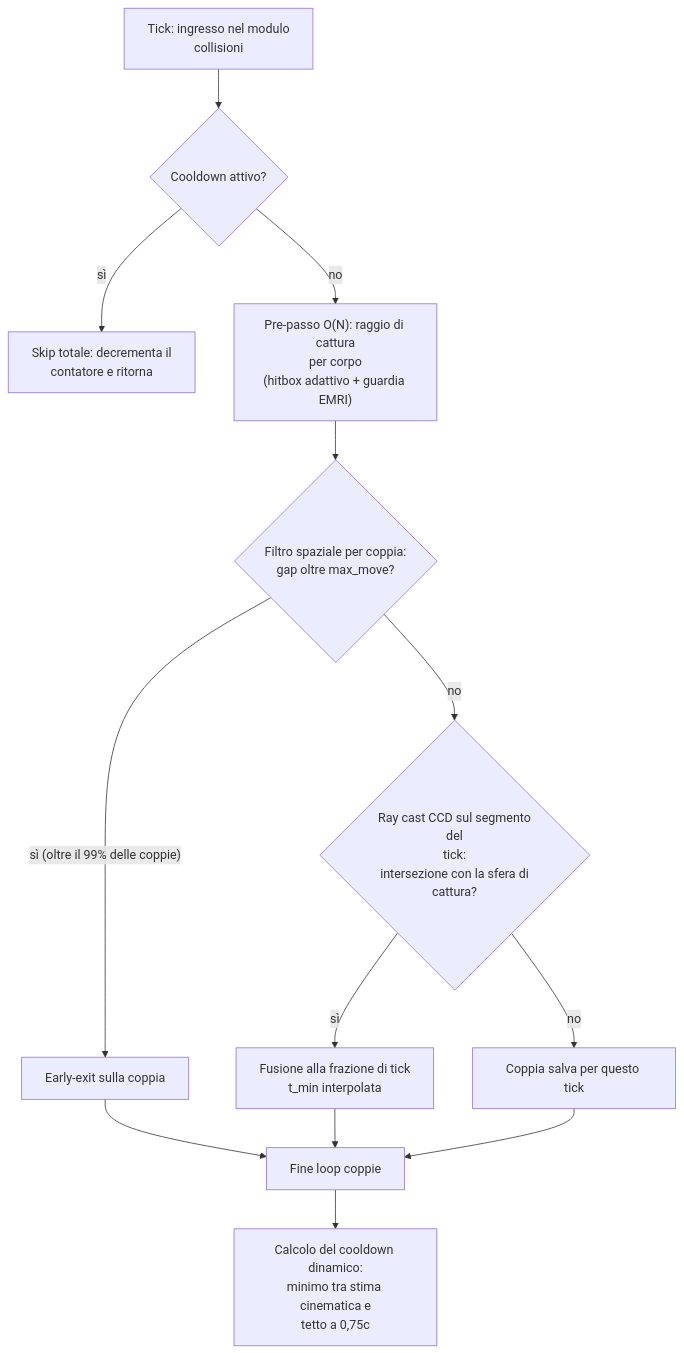
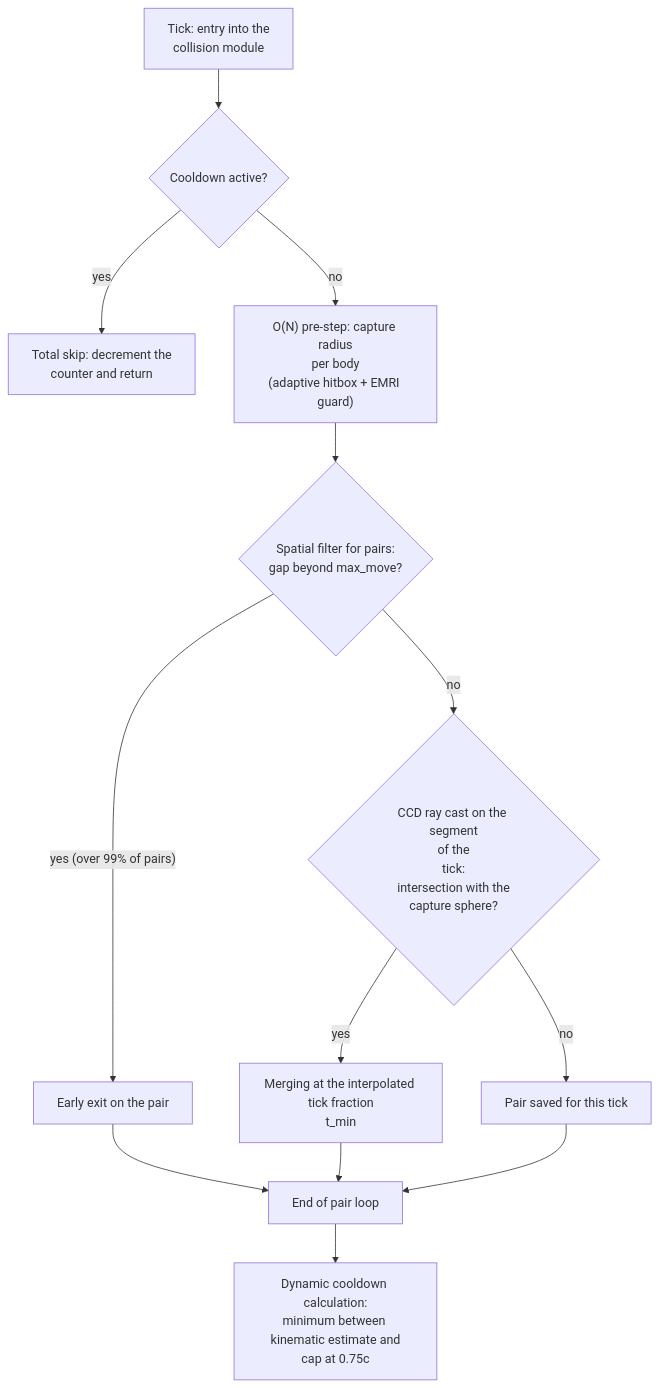
One commit to alessandro-pioli/AstroCausal_Engine changed the eighth of 11 diagrams in ARCHITECTURE_DEEP_DIVE.md. Above: the diagram before and after it, drawn with Mermaid. The commit also changed other lines of this file and 5 other files, not shown here.

````diff
--- a/ARCHITECTURE_DEEP_DIVE.md
+++ b/ARCHITECTURE_DEEP_DIVE.md
@@ -639,15 +642,15 @@
 ```mermaid
 flowchart TD
-    A["Tick: ingresso nel modulo<br/>collisioni"] --> B{"Cooldown attivo?"}
-    B -->|"sì"| Z["Skip totale: decrementa il<br/>contatore e ritorna"]
-    B -->|"no"| C["Pre-passo O(N): raggio di cattura<br/>per corpo<br/>(hitbox adattivo + guardia EMRI)"]
-    C --> D{"Filtro spaziale per coppia:<br/>gap oltre max_move?"}
-    D -->|"sì (oltre il 99% delle coppie)"| E["Early-exit sulla coppia"]
-    D -->|"no"| F{"Ray cast CCD sul segmento<br/>del<br/>tick:<br/>intersezione con la sfera di<br/>cattura?"}
-    F -->|"sì"| G["Fusione alla frazione di tick<br/>t_min interpolata"]
-    F -->|"no"| H["Coppia salva per questo tick"]
-    E --> I["Fine loop coppie"]
+    A["Tick: entry into the <br/>collision module"] --> B{"Cooldown active?"}
+    B -->|"yes"| Z["Total skip: decrement the <br/>counter and return"]
+    B -->|"no"| C["O(N) pre-step: capture radius<br/>per body<br/>(adaptive hitbox + EMRI guard)"]
+    C --> D{"Spatial filter for pairs:<BR/>gap beyond max_move?"}
+    D -->|"yes (over 99% of pairs)"| E["Early exit on the pair"]
+    D -->|"no"| F{"CCD ray cast on the segment<br/>of the<br/>tick:<br/>intersection with the<br/>capture sphere?"}
+    F -->|"yes"| G["Merging at the interpolated tick fraction<br/>t_min"]
+    F -->|"no"| H["Pair saved for this tick"]
+    E --> I["End of pair loop"]
     G --> I
     H --> I
-    I --> J["Calcolo del cooldown dinamico:<br/>minimo tra stima cinematica e<br/>tetto a 0,75c"]
+    I --> J["Dynamic cooldown calculation:<BR/>minimum between kinematic estimate and<BR/>cap at 0.75c"]
 ```
````
